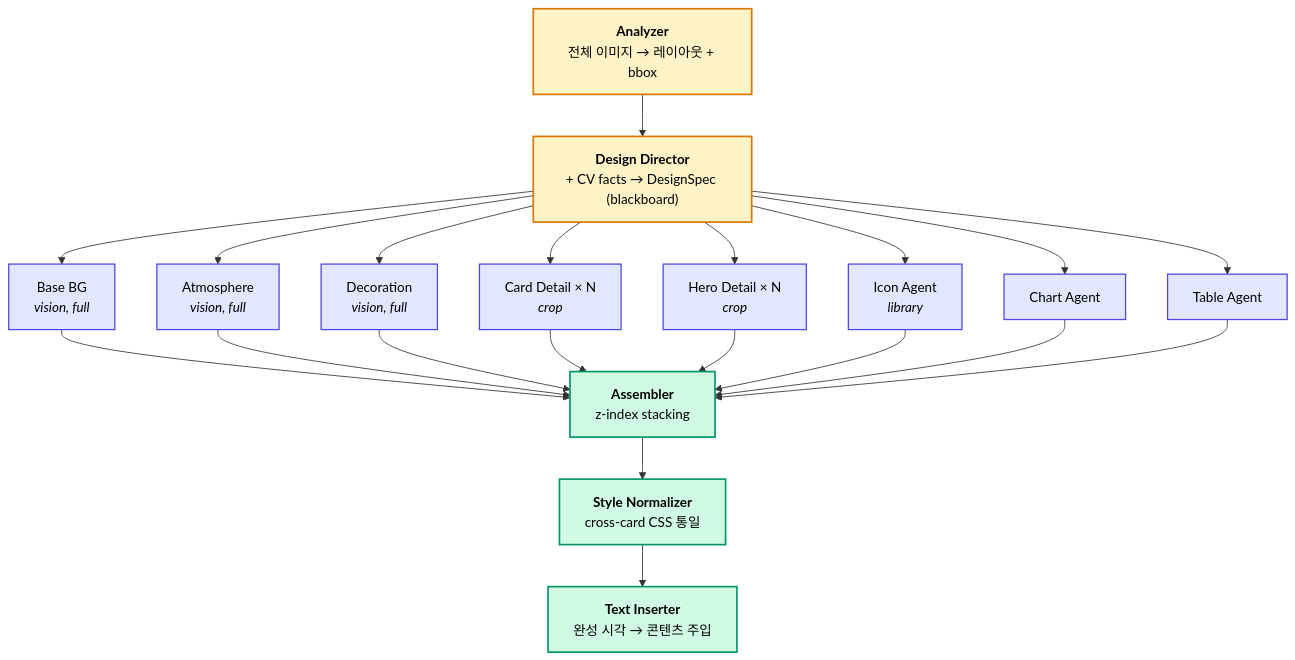
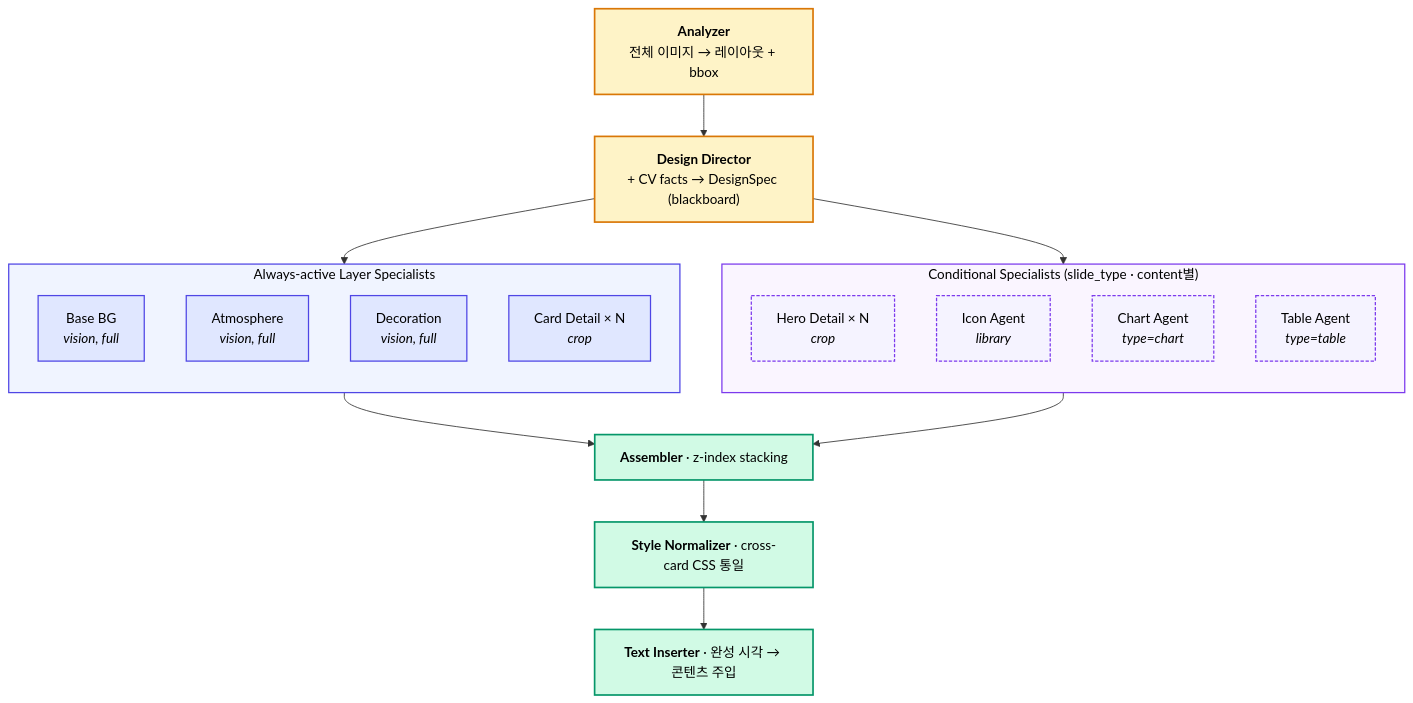
The diagram in results/figures/layeragent_architecture.mmd (johnny9210/ppt_paper), drawn with Mermaid before and after one commit. The commit also changed 2 other files, not shown here.

Commit message:
Group Figure 5 specialists into always-active vs conditional subgraphs
Address the visual clutter concern by grouping the 8 specialists into two
conceptual subgraphs side-by-side:
- Always-active Layer Specialists (4): Base BG, Atmosphere, Decoration,
  Card Detail × N — fire on every slide
- Conditional Specialists (4): Hero Detail × N, Icon Agent, Chart Agent
  (type=chart only), Table Agent (type=table only) — gated by
  slide_type/content

Visual distinction: solid blue border for always-active, dashed purple
for conditional. Caption updated to call out the distinction so readers
understand that ~4–5 specialists actually fire per slide on average,
even though 8 are registered. The mechanism is preserved but the
clutter is reduced and the per-slide active count is no longer
misleading.

```diff
--- a/results/figures/layeragent_architecture.mmd
+++ b/results/figures/layeragent_architecture.mmd
@@ -1,43 +1,44 @@
-flowchart TD
+flowchart TB
     A["<b>Analyzer</b><br/>전체 이미지 → 레이아웃 + bbox"]
     B["<b>Design Director</b><br/>+ CV facts → DesignSpec (blackboard)"]
-    S1["Base BG<br/><i>vision, full</i>"]
-    S2["Atmosphere<br/><i>vision, full</i>"]
-    S3["Decoration<br/><i>vision, full</i>"]
-    S4["Card Detail × N<br/><i>crop</i>"]
-    S5["Hero Detail × N<br/><i>crop</i>"]
-    S6["Icon Agent<br/><i>library</i>"]
-    S7["Chart Agent"]
-    S8["Table Agent"]
-    C["<b>Assembler</b><br/>z-index stacking"]
-    D["<b>Style Normalizer</b><br/>cross-card CSS 통일"]
-    E["<b>Text Inserter</b><br/>완성 시각 → 콘텐츠 주입"]
+
+    subgraph G1 ["Always-active Layer Specialists"]
+        direction TB
+        S1["Base BG<br/><i>vision, full</i>"]
+        S2["Atmosphere<br/><i>vision, full</i>"]
+        S3["Decoration<br/><i>vision, full</i>"]
+        S4["Card Detail × N<br/><i>crop</i>"]
+    end
+
+    subgraph G2 ["Conditional Specialists (slide_type · content별)"]
+        direction TB
+        S5["Hero Detail × N<br/><i>crop</i>"]
+        S6["Icon Agent<br/><i>library</i>"]
+        S7["Chart Agent<br/><i>type=chart</i>"]
+        S8["Table Agent<br/><i>type=table</i>"]
+    end
+
+    C["<b>Assembler</b> · z-index stacking"]
+    D["<b>Style Normalizer</b> · cross-card CSS 통일"]
+    E["<b>Text Inserter</b> · 완성 시각 → 콘텐츠 주입"]
 
     A --> B
-    B --> S1
-    B --> S2
-    B --> S3
-    B --> S4
-    B --> S5
-    B --> S6
-    B --> S7
-    B --> S8
-    S1 --> C
-    S2 --> C
-    S3 --> C
-    S4 --> C
-    S5 --> C
-    S6 --> C
-    S7 --> C
-    S8 --> C
+    B --> G1
+    B --> G2
+    G1 --> C
+    G2 --> C
     C --> D
     D --> E
 
     classDef stage0 fill:#FEF3C7,stroke:#D97706,stroke-width:2px,color:#000
-    classDef stage1 fill:#DBEAFE,stroke:#2563EB,stroke-width:2px,color:#000
-    classDef specialist fill:#E0E7FF,stroke:#4F46E5,stroke-width:1.5px,color:#000
+    classDef specAlways fill:#E0E7FF,stroke:#4F46E5,stroke-width:1.5px,color:#000
+    classDef specCond fill:#F5F3FF,stroke:#7C3AED,stroke-width:1.5px,stroke-dasharray:4 2,color:#000
     classDef stage2 fill:#D1FAE5,stroke:#059669,stroke-width:2px,color:#000
 
     class A,B stage0
+    class S1,S2,S3,S4 specAlways
+    class S5,S6,S7,S8 specCond
     class C,D,E stage2
-    class S1,S2,S3,S4,S5,S6,S7,S8 specialist
+
+    style G1 fill:#F0F4FF,stroke:#4F46E5,stroke-width:1.5px,color:#000
+    style G2 fill:#FAF5FF,stroke:#7C3AED,stroke-width:1.5px,color:#000
```
